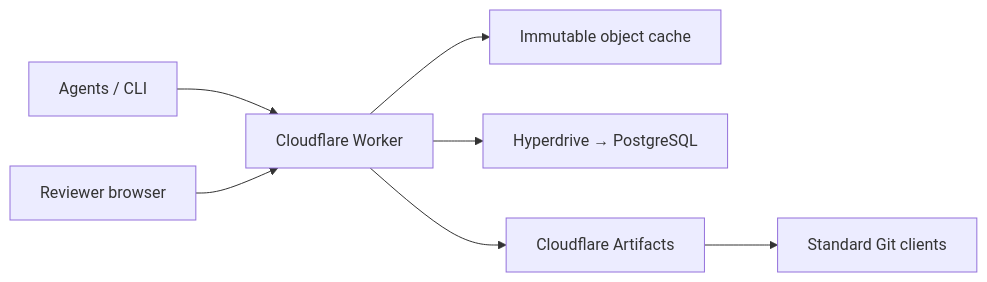
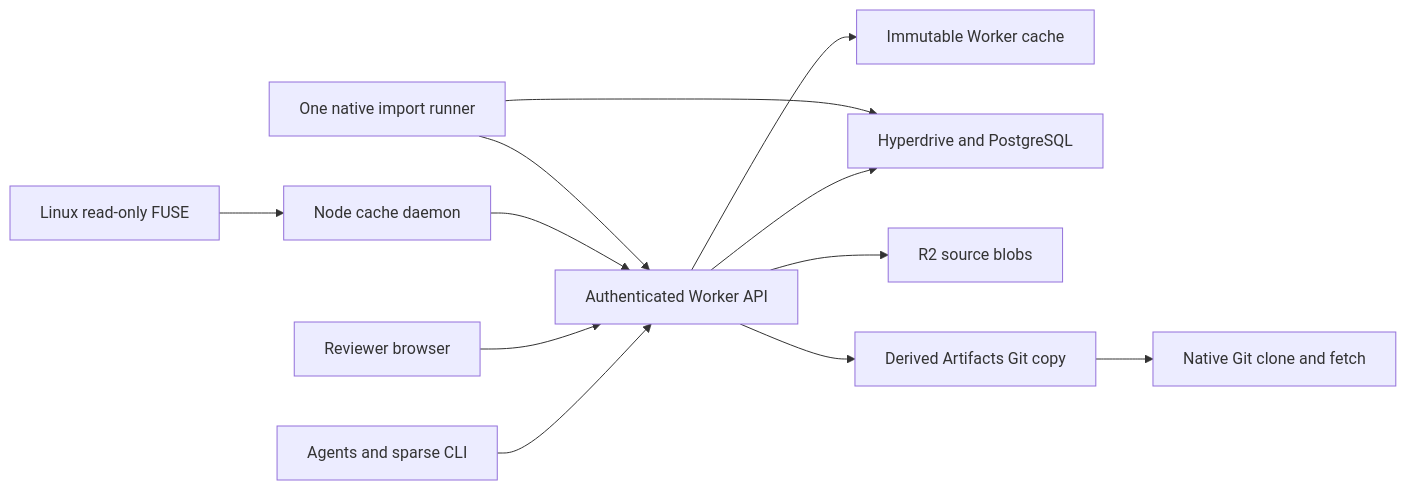
One commit to gridheap/squali changed the diagram in docs/architecture.md. Above: the diagram before and after it, drawn with Mermaid. The commit also changed other lines of this file and 162 other files, not shown here.

Commit message:
Complete source authority, bounded native imports and Scion workflows

````diff
--- a/docs/architecture.md
+++ b/docs/architecture.md
@@ -9,9 +7,14 @@
 ```mermaid
 flowchart LR
-  A[Agents / CLI] --> W[Cloudflare Worker]
+  A[Agents and sparse CLI] --> W[Authenticated Worker API]
   U[Reviewer browser] --> W
-  W --> C[Immutable object cache]
-  W --> P[Hyperdrive → PostgreSQL]
-  W --> G[Cloudflare Artifacts]
-  G --> N[Standard Git clients]
+  F[Linux read-only FUSE] --> N[Node cache daemon]
+  N --> W
+  W --> C[Immutable Worker cache]
+  W --> P[Hyperdrive and PostgreSQL]
+  W --> R[R2 source blobs]
+  W --> G[Derived Artifacts Git copy]
+  G --> B[Native Git clone and fetch]
+  J[One native import runner] --> W
+  J --> P
 ```
````
